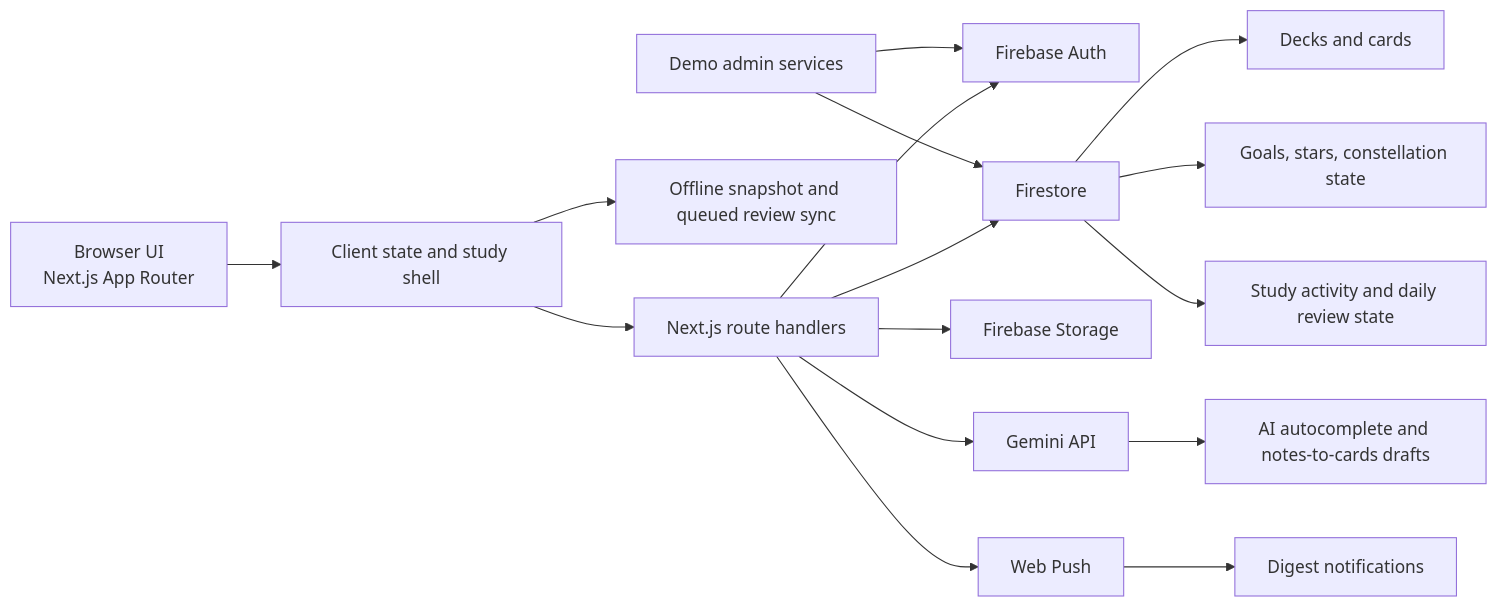
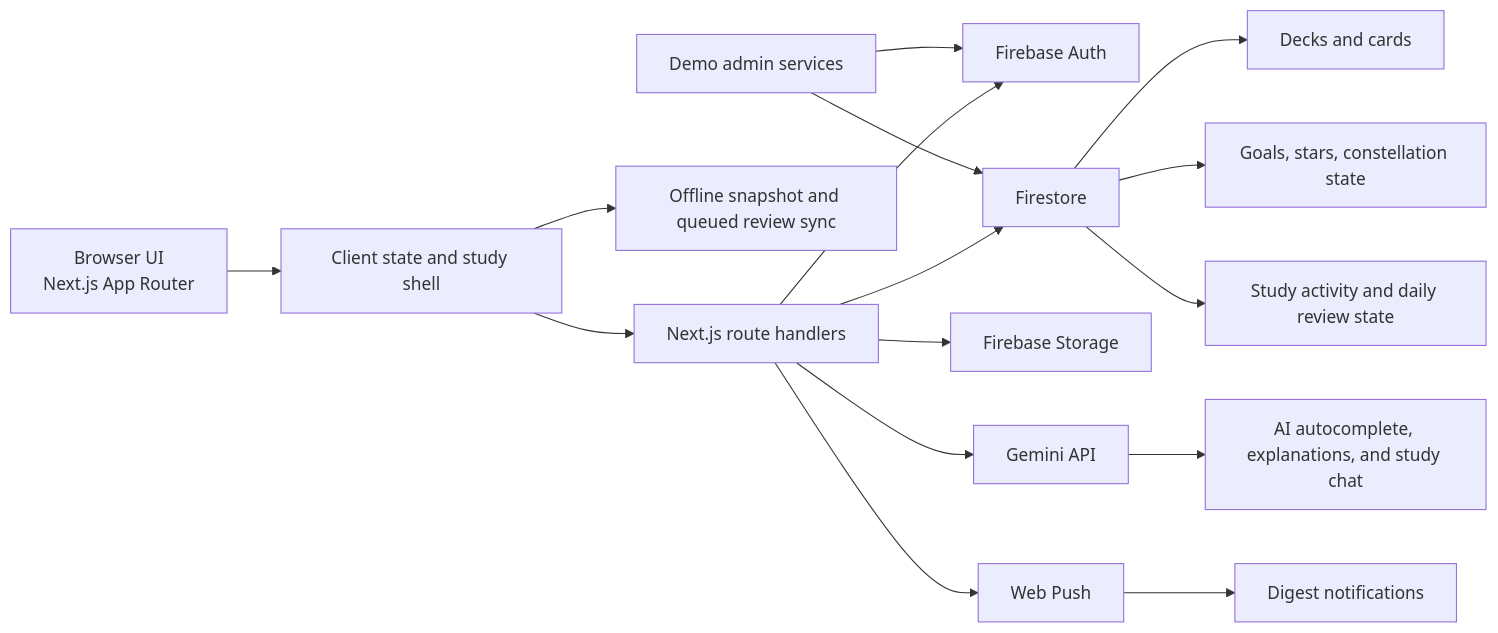
One commit to jarems421/jami-flashcards changed the diagram in README.md. Above: the diagram before and after it, drawn with Mermaid. The commit also changed other lines of this file and 14 other files, not shown here.

````diff
--- a/README.md
+++ b/README.md
@@ -93,22 +94,22 @@
 ```mermaid
 flowchart LR
     A[Browser UI<br/>Next.js App Router] --> B[Client state and study shell]
     B --> C[Next.js route handlers]
     B --> D[Offline snapshot and queued review sync]
 
     C --> E[Firebase Auth]
     C --> F[Firestore]
     C --> G[Firebase Storage]
     C --> H[Gemini API]
     C --> I[Web Push]
 
     J[Demo admin services] --> F
     J --> E
 
     F --> K[Decks and cards]
     F --> L[Goals, stars, constellation state]
     F --> M[Study activity and daily review state]
 
-    H --> N[AI autocomplete and notes-to-cards drafts]
+    H --> N[AI autocomplete, explanations, and study chat]
     I --> O[Digest notifications]
 ```
````
